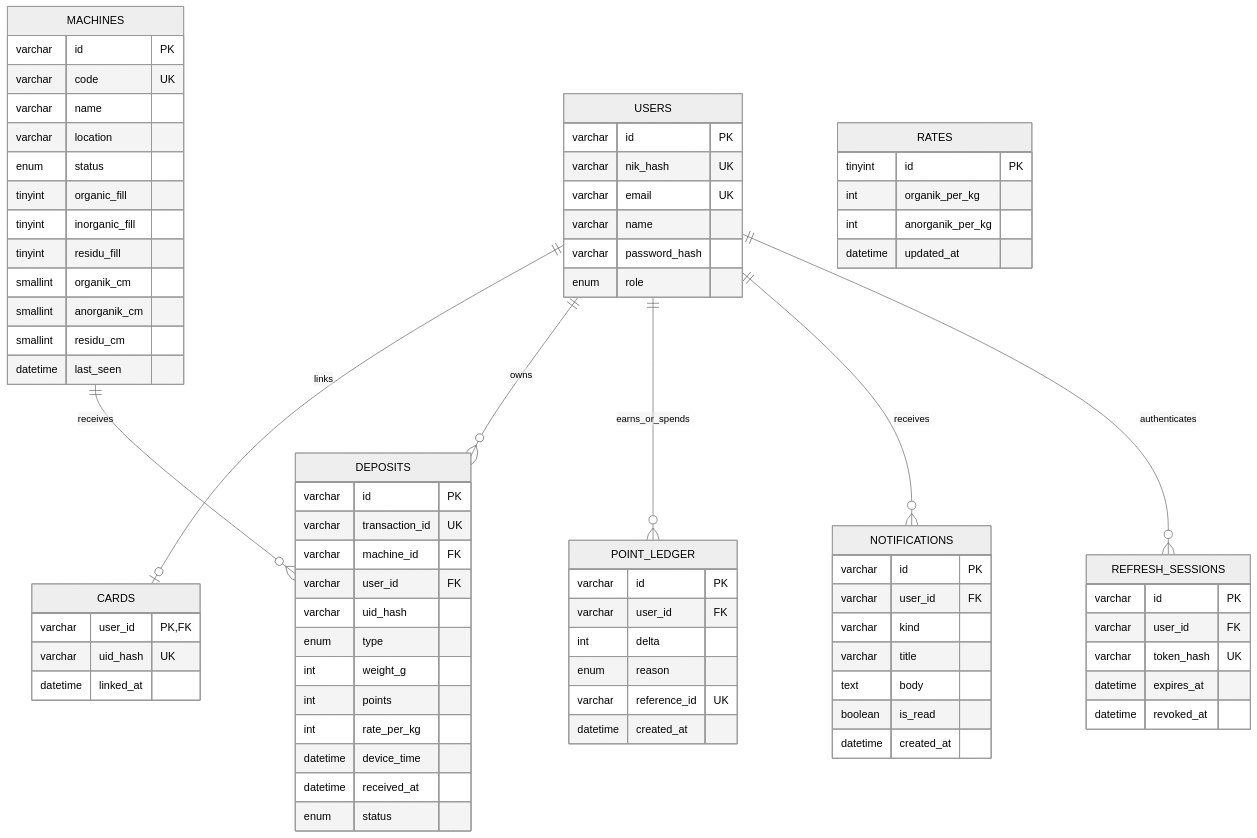
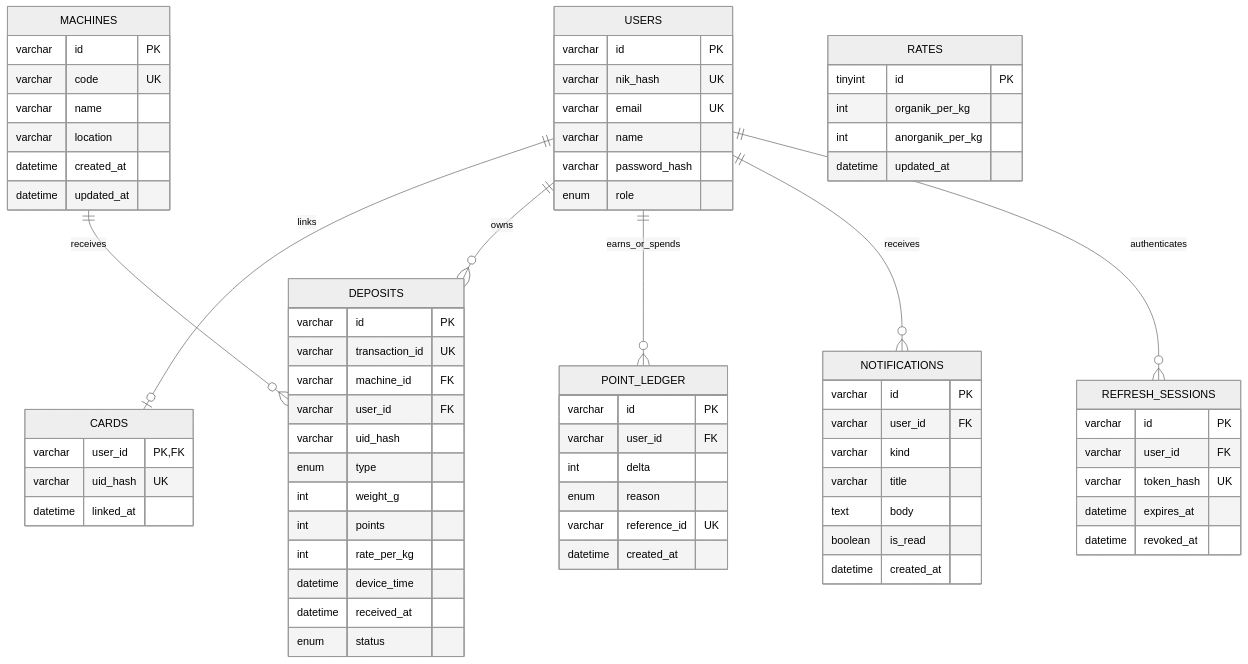
Before and after one commit to ramadhanjp2/smartbin: the diagram in README.md, drawn with Mermaid (neutral theme). The commit also changed other lines of this file and 5 other files, not shown here.

````diff
--- a/README.md
+++ b/README.md
@@ -589,80 +597,74 @@
 ```mermaid
 erDiagram
     USERS ||--o| CARDS : links
     USERS ||--o{ DEPOSITS : owns
     MACHINES ||--o{ DEPOSITS : receives
     USERS ||--o{ POINT_LEDGER : earns_or_spends
     USERS ||--o{ NOTIFICATIONS : receives
     USERS ||--o{ REFRESH_SESSIONS : authenticates
     USERS {
         varchar id PK
         varchar nik_hash UK
         varchar email UK
         varchar name
         varchar password_hash
         enum role
     }
     CARDS {
         varchar user_id PK, FK
         varchar uid_hash UK
         datetime linked_at
     }
     MACHINES {
         varchar id PK
         varchar code UK
         varchar name
         varchar location
-        enum status
-        tinyint organic_fill
-        tinyint inorganic_fill
-        tinyint residu_fill
-        smallint organik_cm
-        smallint anorganik_cm
-        smallint residu_cm
-        datetime last_seen
+        datetime created_at
+        datetime updated_at
     }
     DEPOSITS {
         varchar id PK
         varchar transaction_id UK
         varchar machine_id FK
         varchar user_id FK
         varchar uid_hash
         enum type
         int weight_g
         int points
         int rate_per_kg
         datetime device_time
         datetime received_at
         enum status
     }
     POINT_LEDGER {
         varchar id PK
         varchar user_id FK
         int delta
         enum reason
         varchar reference_id UK
         datetime created_at
     }
     RATES {
         tinyint id PK
         int organik_per_kg
         int anorganik_per_kg
         datetime updated_at
     }
     NOTIFICATIONS {
         varchar id PK
         varchar user_id FK
         varchar kind
         varchar title
         text body
         boolean is_read
         datetime created_at
     }
     REFRESH_SESSIONS {
         varchar id PK
         varchar user_id FK
         varchar token_hash UK
         datetime expires_at
         datetime revoked_at
     }
 ```
````
